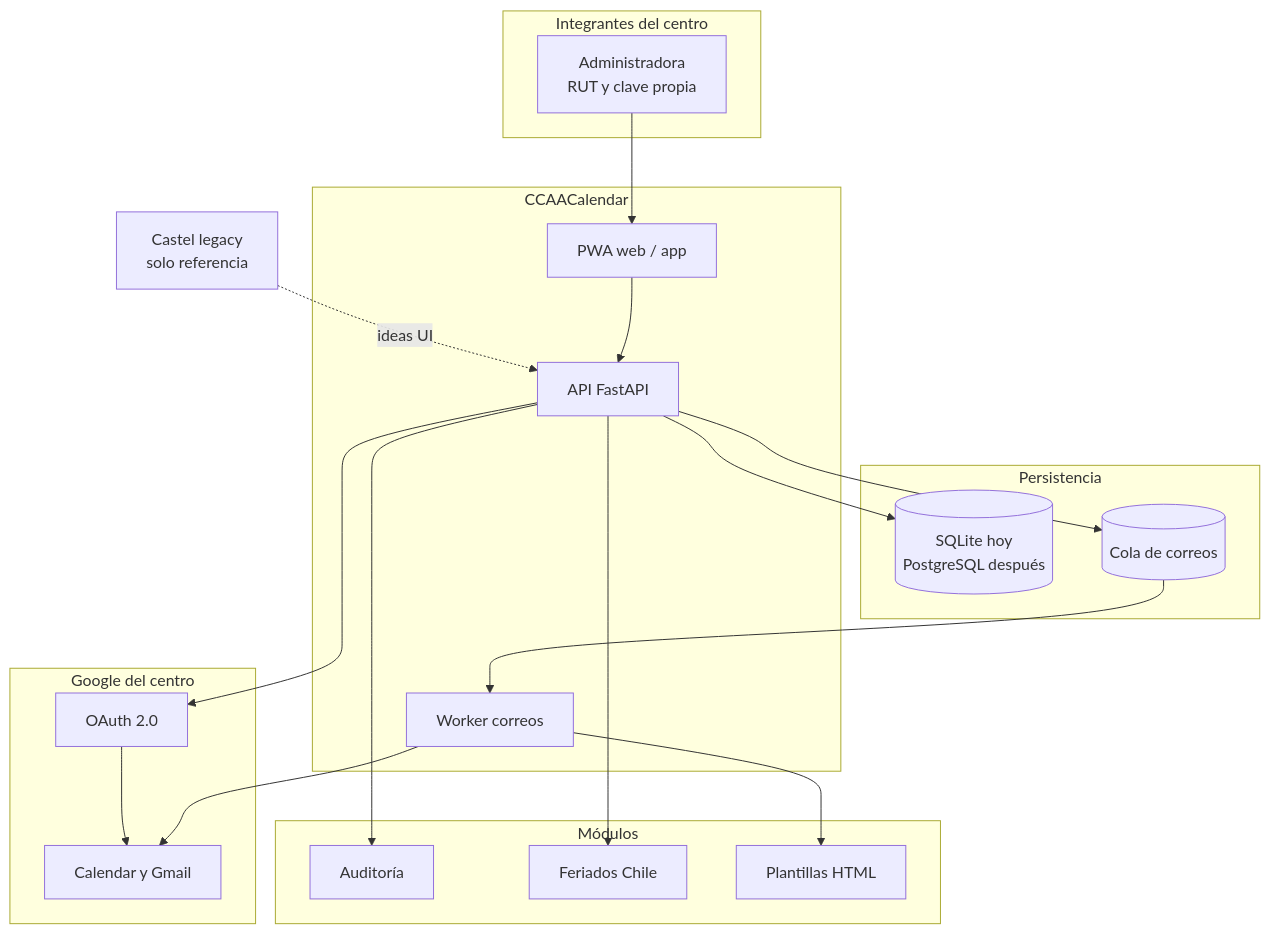
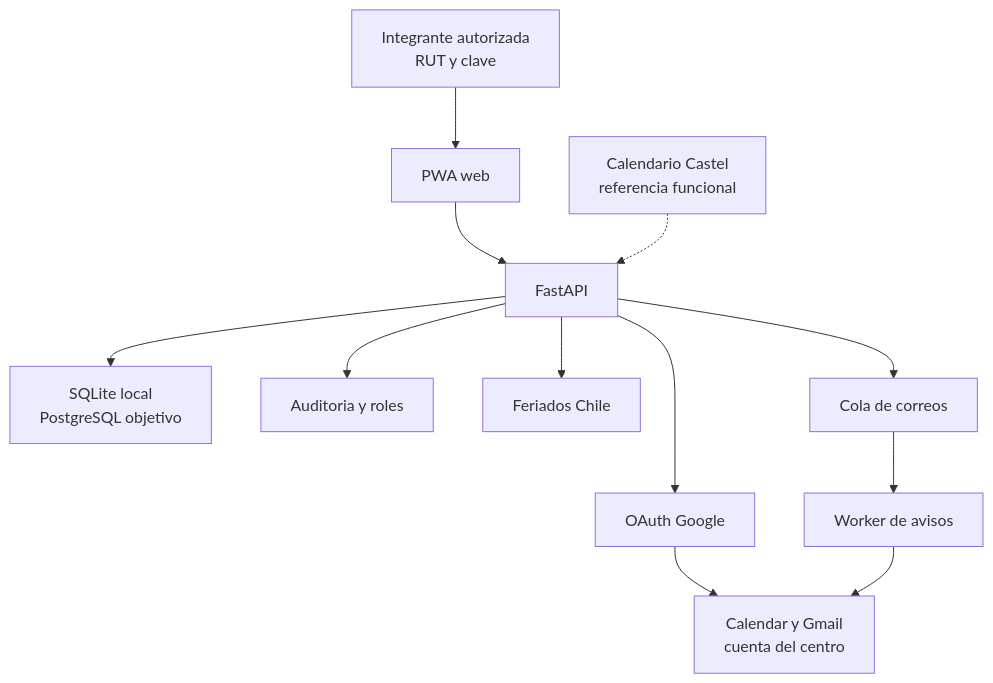
One commit to JackStar6677-1/CCAACalendar changed the seventh of 16 diagrams in README.md. Above: the diagram before and after it, drawn with Mermaid. The commit also changed other lines of this file, not shown here.

Commit message:
docs: corrige diagramas y actualiza estado del piloto

````diff
--- a/README.md
+++ b/README.md
@@ -159,39 +74,14 @@
 ```mermaid
-flowchart TB
-    subgraph usuarias ["Integrantes del centro"]
-        Admin["Administradora\nRUT y clave propia"]
-    end
-
-    subgraph ccaa ["CCAACalendar"]
-        Web["PWA web / app"]
-        API["API FastAPI"]
-        Worker["Worker correos"]
-    end
-
-    subgraph persistencia ["Persistencia"]
-        DB[(SQLite hoy\nPostgreSQL después)]
-        Queue[(Cola de correos)]
-    end
-
-    subgraph modulos ["Módulos"]
-        Audit["Auditoría"]
-        Holidays["Feriados Chile"]
-        Mail["Plantillas HTML"]
-    end
-
-    subgraph gce ["Google del centro"]
-        OAuth["OAuth 2.0"]
-        Cal["Calendar y Gmail"]
-    end
-
-    Legacy["Castel legacy\nsolo referencia"]
-
-    Admin --> Web --> API
-    API --> DB
-    API --> Queue --> Worker --> Mail
-    Worker --> Cal
-    API --> Audit
-    API --> Holidays
-    API --> OAuth --> Cal
-    Legacy -.->|ideas UI| API
+graph TD
+    A["Integrante autorizada<br/>RUT y clave"] --> W["PWA web"]
+    W --> API["FastAPI"]
+    API --> DB["SQLite local<br/>PostgreSQL objetivo"]
+    API --> AUD["Auditoria y roles"]
+    API --> FER["Feriados Chile"]
+    API --> Q["Cola de correos"]
+    Q --> WK["Worker de avisos"]
+    API --> OAUTH["OAuth Google"]
+    OAUTH --> G["Calendar y Gmail<br/>cuenta del centro"]
+    WK --> G
+    LEG["Calendario Castel<br/>referencia funcional"] -.-> API
 ```
````
